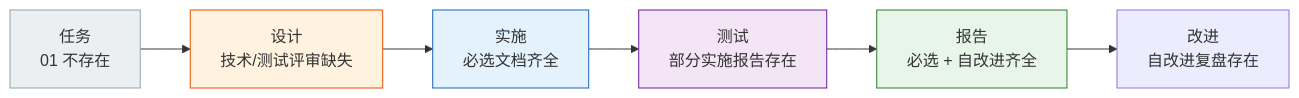
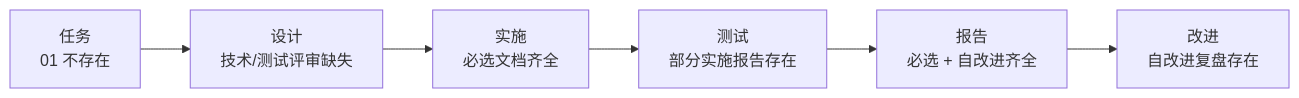
Before and after one commit to effiy/YrY: the third of 5 diagrams in skills/rui/coder.md, drawn with Mermaid. The commit also changed other lines of this file and 61 other files, not shown here.

````diff
--- a/skills/rui/coder.md
+++ b/skills/rui/coder.md
@@ -102,15 +95,9 @@
 ```mermaid
 flowchart LR
     NS["任务<br/>01 不存在"]:::s0 --> DIP["设计<br/>技术/测试评审缺失"]:::s1
     DIP --> IMP["实施<br/>必选文档齐全"]:::s2
     IMP --> TST["测试<br/>部分实施报告存在"]:::s3
     TST --> RPT["报告<br/>必选 + 自改进齐全"]:::s4
     RPT --> IMPV["改进<br/>自改进复盘存在"]:::s5
 
-    classDef s0 fill:#eceff1,stroke:#90a4ae;
-    classDef s1 fill:#fff3e0,stroke:#e65100;
-    classDef s2 fill:#e3f2fd,stroke:#1565c0;
-    classDef s3 fill:#f3e5f5,stroke:#6a1b9a;
-    classDef s4 fill:#e8f5e9,stroke:#2e7d32;
-    classDef block fill:#ffebee,stroke:#c62828;
 ```
````
